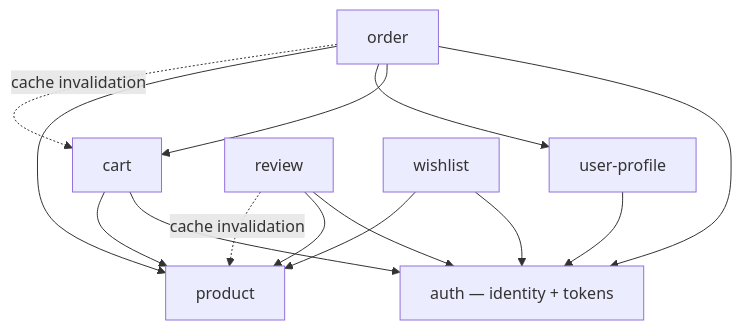
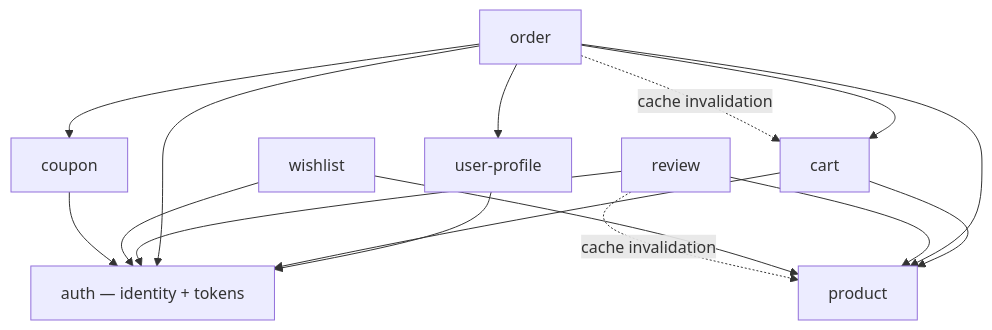
One commit to Hy-Khang/E-commerce-shop-Amazon- changed the second of 2 diagrams in frontend-react/docs/FE-ARCHITECTURE.md. Above: the diagram before and after it, drawn with Mermaid. The commit also changed other lines of this file and 28 other files, not shown here.

````diff
--- a/frontend-react/docs/FE-ARCHITECTURE.md
+++ b/frontend-react/docs/FE-ARCHITECTURE.md
@@ -188,19 +190,21 @@
 ```mermaid
 graph TD
     Auth["auth — identity + tokens"]
     UP["user-profile"] --> Auth
     Product["product"]
     Cart["cart"] --> Auth
     Cart --> Product
     Order["order"] --> Auth
     Order --> Cart
     Order --> UP
     Order --> Product
     Review["review"] --> Auth
     Review --> Product
     Wishlist["wishlist"] --> Auth
     Wishlist --> Product
+    Coupon["coupon"] --> Auth
+    Order --> Coupon
 
     Order -.->|cache invalidation| Cart
     Review -.->|cache invalidation| Product
 ```
````
